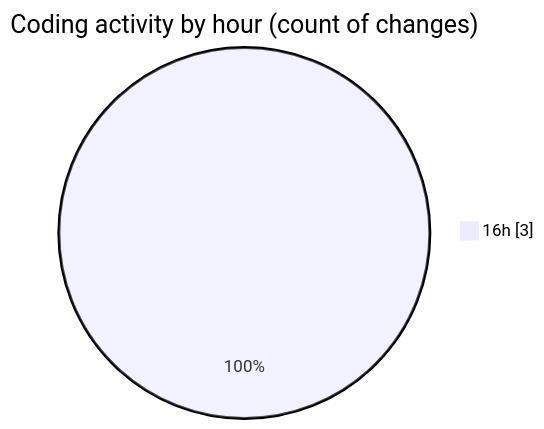
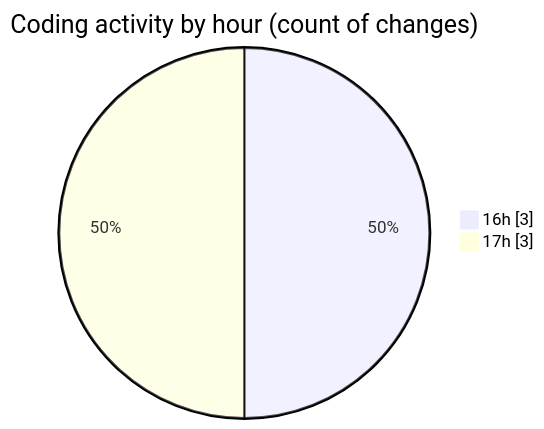
One commit to Unknowalive/code-tracking changed the second of 2 diagrams in 2026-03-17/week6/README.md. Above: the diagram before and after it, drawn with Mermaid. The commit also changed other lines of this file and 1 other file, not shown here.

````diff
--- a/2026-03-17/week6/README.md
+++ b/2026-03-17/week6/README.md
@@ -28,5 +29,6 @@
 ```mermaid
 pie showData
 title Coding activity by hour (count of changes)
 "16h" : 3
+"17h" : 3
 ```
````
